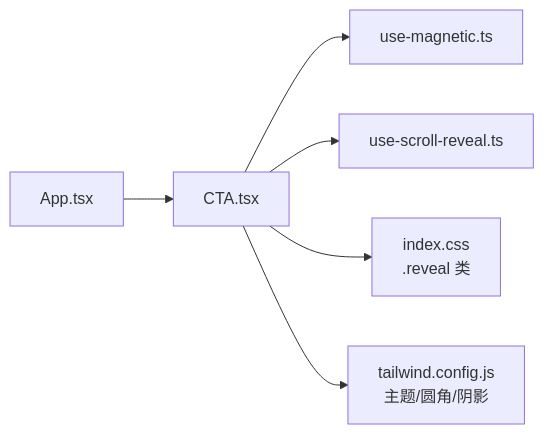
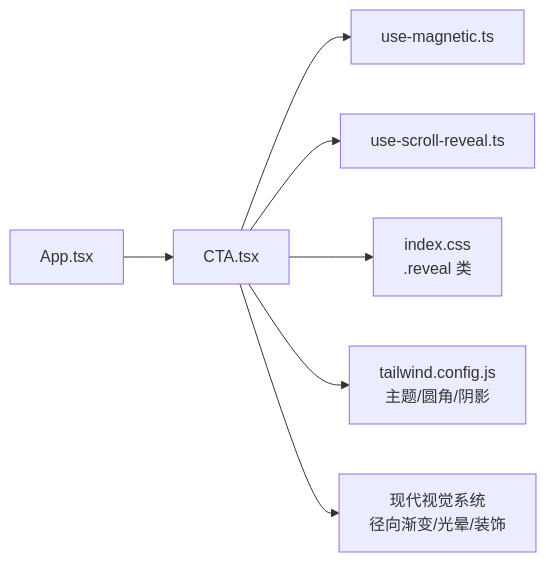
One commit to Primoguo/naolizhi.cn changed the fifth of 5 diagrams in .qoder/repowiki/zh/content/架构设计/组件架构/页面组件/CTA组件.md. Above: the diagram before and after it, drawn with Mermaid. The commit also changed other lines of this file and 23 other files, not shown here.

````diff
--- a/.qoder/repowiki/zh/content/架构设计/组件架构/页面组件/CTA组件.md
+++ b/.qoder/repowiki/zh/content/架构设计/组件架构/页面组件/CTA组件.md
@@ -227,8 +256,9 @@
 ```mermaid
 graph LR
 App["App.tsx"] --> CTA["CTA.tsx"]
 CTA --> Mag["use-magnetic.ts"]
 CTA --> Reveal["use-scroll-reveal.ts"]
 CTA --> CSS["index.css<br/>.reveal 类"]
 CTA --> TW["tailwind.config.js<br/>主题/圆角/阴影"]
+CTA --> Visual["现代视觉系统<br/>径向渐变/光晕/装饰"]
 ```
````
